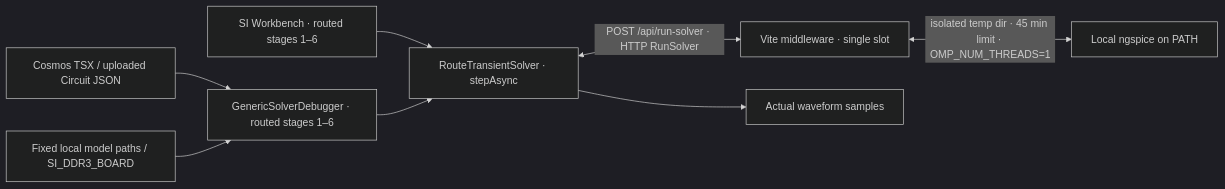
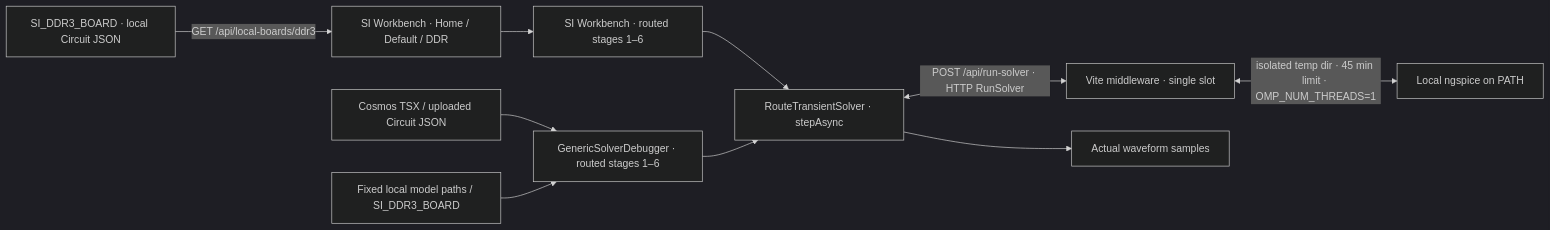
The first of 4 diagrams in README.md (draarivpatel-ui/signal-integrity-pipeline), drawn with Mermaid (dark theme) before and after one commit. The commit also changed other lines of this file and 14 other files, not shown here.

Commit message:
feat: add Home, Default, and DDR Workbench pages

````diff
--- a/README.md
+++ b/README.md
@@ -101,10 +101,12 @@
 ```mermaid
 flowchart LR
   fixture["Cosmos TSX / uploaded Circuit JSON"] --> debugger["GenericSolverDebugger · routed stages 1–6"]
   assets["Fixed local model paths / SI_DDR3_BOARD"] --> debugger
+  start["SI Workbench · Home / Default / DDR"] --> workbench
+  boardFile["SI_DDR3_BOARD · local Circuit JSON"] -->|"GET /api/local-boards/ddr3"| start
   workbench["SI Workbench · routed stages 1–6"] --> transient
   debugger --> transient["RouteTransientSolver · stepAsync"]
   transient <-->|"POST /api/run-solver · HTTP RunSolver"| queue["Vite middleware · single slot"]
   queue <-->|"isolated temp dir · 45 min limit · OMP_NUM_THREADS=1"| native["Local ngspice on PATH"]
   transient --> capture["Actual waveform samples"]
 ```
````
